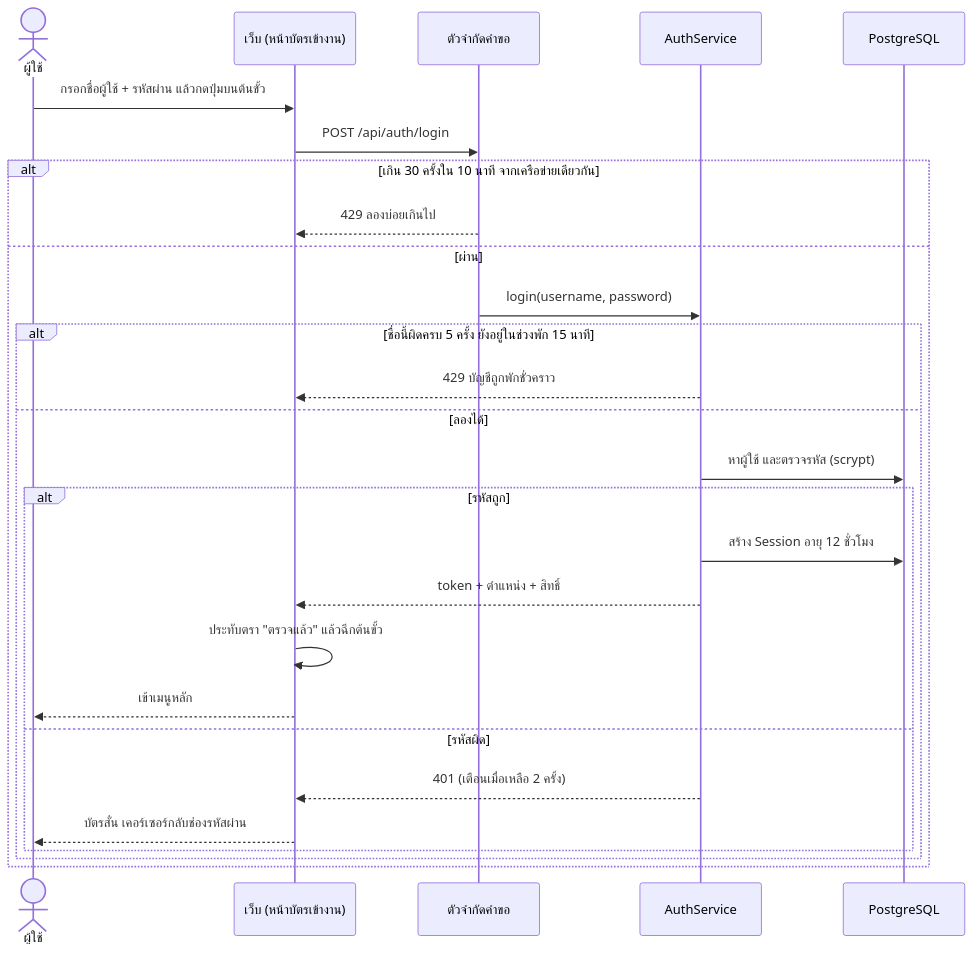
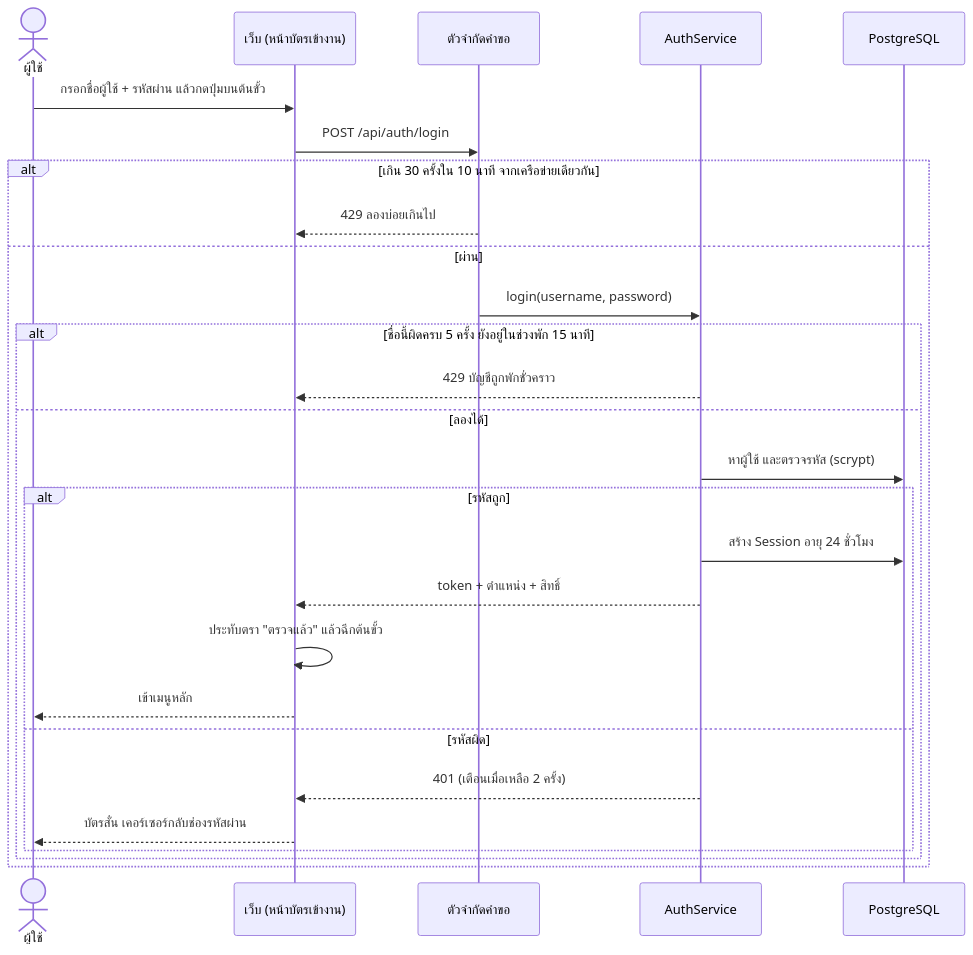
Before and after one commit to PetmoreOffice/Petmore-Magic-Sale: the diagram in docs/uml/04-login.mmd, drawn with Mermaid. The commit also changed 4 other files, not shown here.

Commit message:
UML: Session อายุ 24 ชั่วโมง (แผนภาพเข้าสู่ระบบ + PDF/Word)

```diff
--- a/docs/uml/04-login.mmd
+++ b/docs/uml/04-login.mmd
@@ -1,27 +1,27 @@
 sequenceDiagram
   actor U as ผู้ใช้
   participant W as เว็บ (หน้าบัตรเข้างาน)
   participant R as ตัวจำกัดคำขอ
   participant A as AuthService
   participant D as PostgreSQL
   U->>W: กรอกชื่อผู้ใช้ + รหัสผ่าน แล้วกดปุ่มบนต้นขั้ว
   W->>R: POST /api/auth/login
   alt เกิน 30 ครั้งใน 10 นาที จากเครือข่ายเดียวกัน
     R-->>W: 429 ลองบ่อยเกินไป
   else ผ่าน
     R->>A: login(username, password)
     alt ชื่อนี้ผิดครบ 5 ครั้ง ยังอยู่ในช่วงพัก 15 นาที
       A-->>W: 429 บัญชีถูกพักชั่วคราว
     else ลองได้
       A->>D: หาผู้ใช้ และตรวจรหัส (scrypt)
       alt รหัสถูก
-        A->>D: สร้าง Session อายุ 12 ชั่วโมง
+        A->>D: สร้าง Session อายุ 24 ชั่วโมง
         A-->>W: token + ตำแหน่ง + สิทธิ์
         W->>W: ประทับตรา "ตรวจแล้ว" แล้วฉีกต้นขั้ว
         W-->>U: เข้าเมนูหลัก
       else รหัสผิด
         A-->>W: 401 (เตือนเมื่อเหลือ 2 ครั้ง)
         W-->>U: บัตรสั่น เคอร์เซอร์กลับช่องรหัสผ่าน
       end
     end
   end
```
